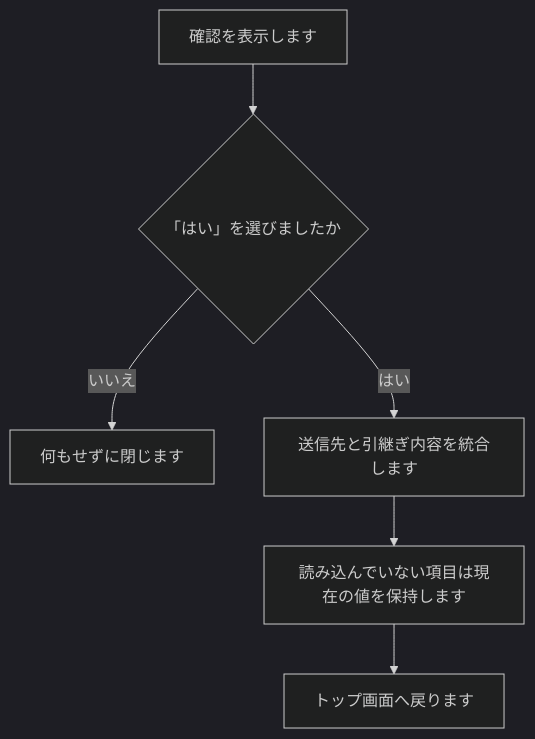
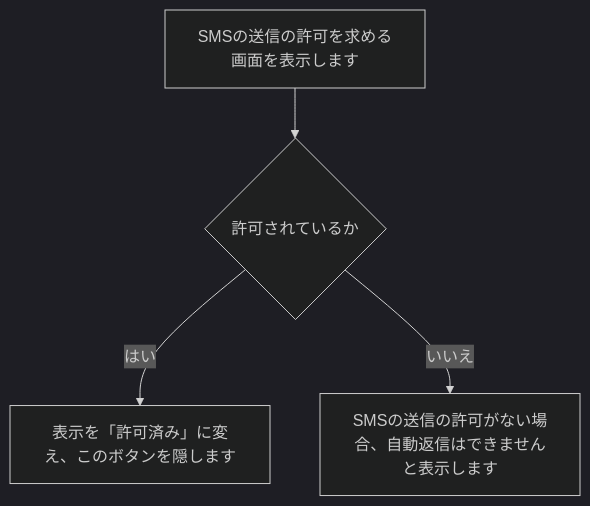
Before and after one commit to nishida2073/project_management: diagram 16 of 33 in tool/smstokintone/doc/02_設計/処理フロー.md, drawn with Mermaid (dark theme). The commit also changed other lines of this file and 5 other files, not shown here.

````diff
--- a/tool/smstokintone/doc/02_設計/処理フロー.md
+++ b/tool/smstokintone/doc/02_設計/処理フロー.md
@@ -209,8 +281,6 @@
 ```mermaid
 flowchart TD
-  A[確認を表示します] --> B{「はい」を選びましたか}
-  B -- いいえ --> C[何もせずに閉じます]
-  B -- はい --> D[送信先と引継ぎ内容を統合します]
-  D --> E[読み込んでいない項目は現在の値を保持します]
-  E --> F[トップ画面へ戻ります]
+  A["SMSの送信の許可を求める画面を表示します"] --> B{"許可されているか"}
+  B -- はい --> C["表示を「許可済み」に変え、このボタンを隠します"]
+  B -- いいえ --> D["SMSの送信の許可がない場合、自動返信はできませんと表示します"]
 ```
````
